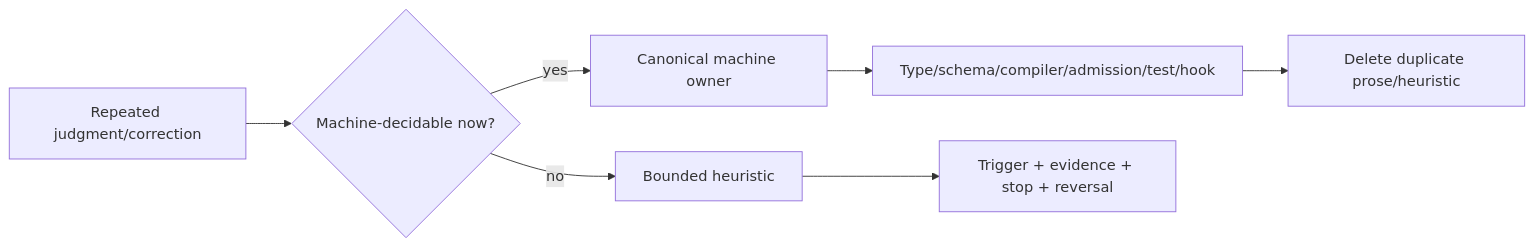
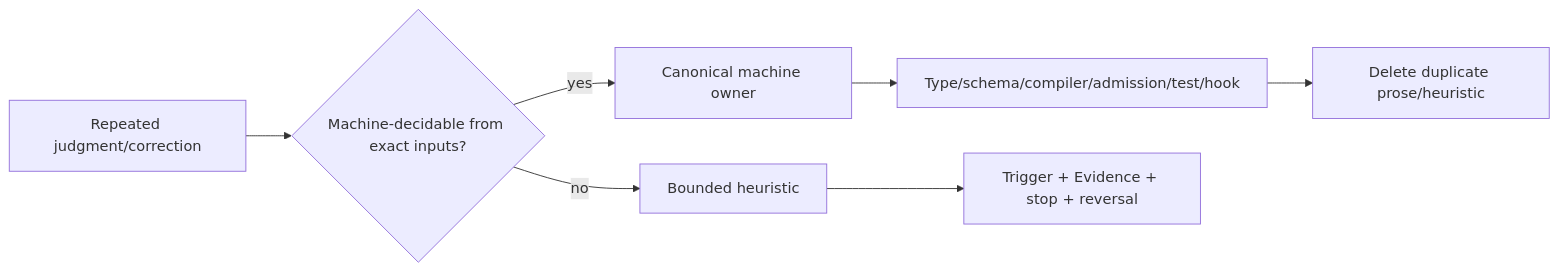
One commit to sec-platform/sec changed the second of 3 diagrams in docs/agent-constitution/execution-and-recovery.md. Above: the diagram before and after it, drawn with Mermaid. The commit also changed other lines of this file, not shown here.

````diff
--- a/docs/agent-constitution/execution-and-recovery.md
+++ b/docs/agent-constitution/execution-and-recovery.md
@@ -77,9 +69,9 @@
 ```mermaid
 flowchart LR
-  R[Repeated judgment/correction] --> M{Machine-decidable now?}
+  R[Repeated judgment/correction] --> M{Machine-decidable from exact inputs?}
   M -->|yes| O[Canonical machine owner]
   O --> E[Type/schema/compiler/admission/test/hook]
   M -->|no| H[Bounded heuristic]
-  H --> T[Trigger + evidence + stop + reversal]
+  H --> T[Trigger + Evidence + stop + reversal]
   E --> D[Delete duplicate prose/heuristic]
 ```
````
